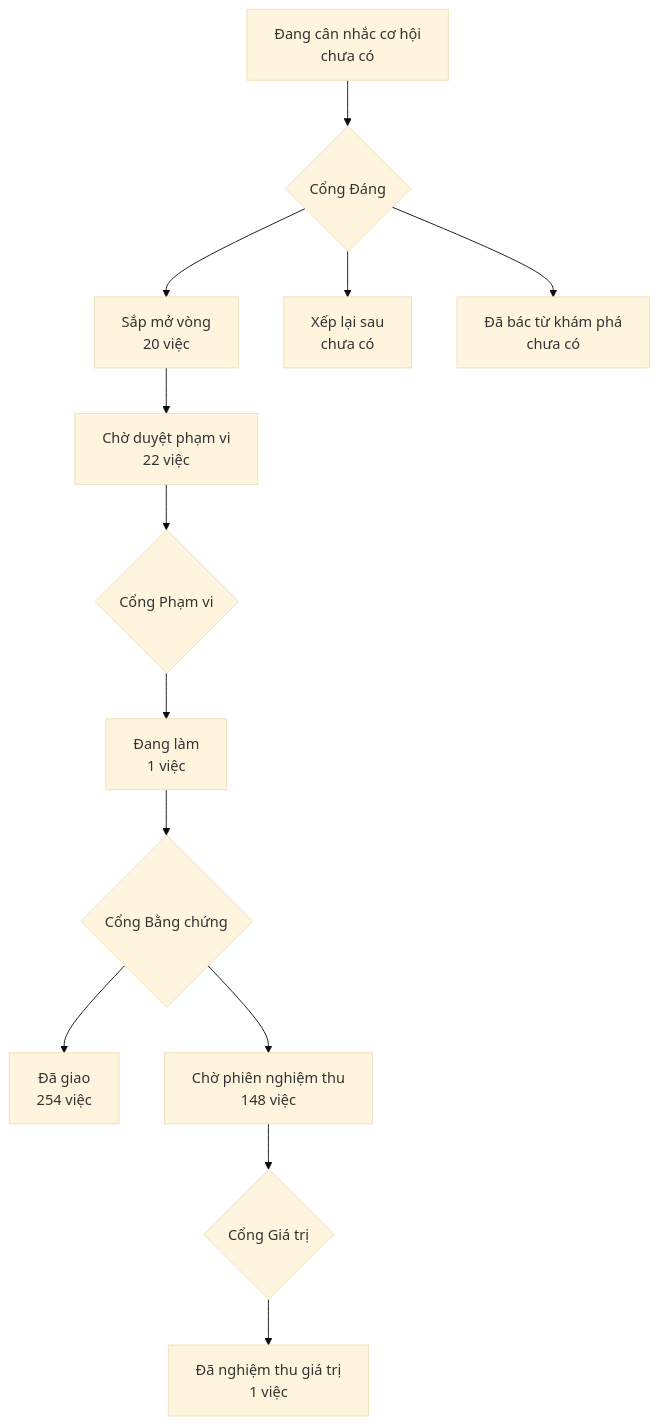
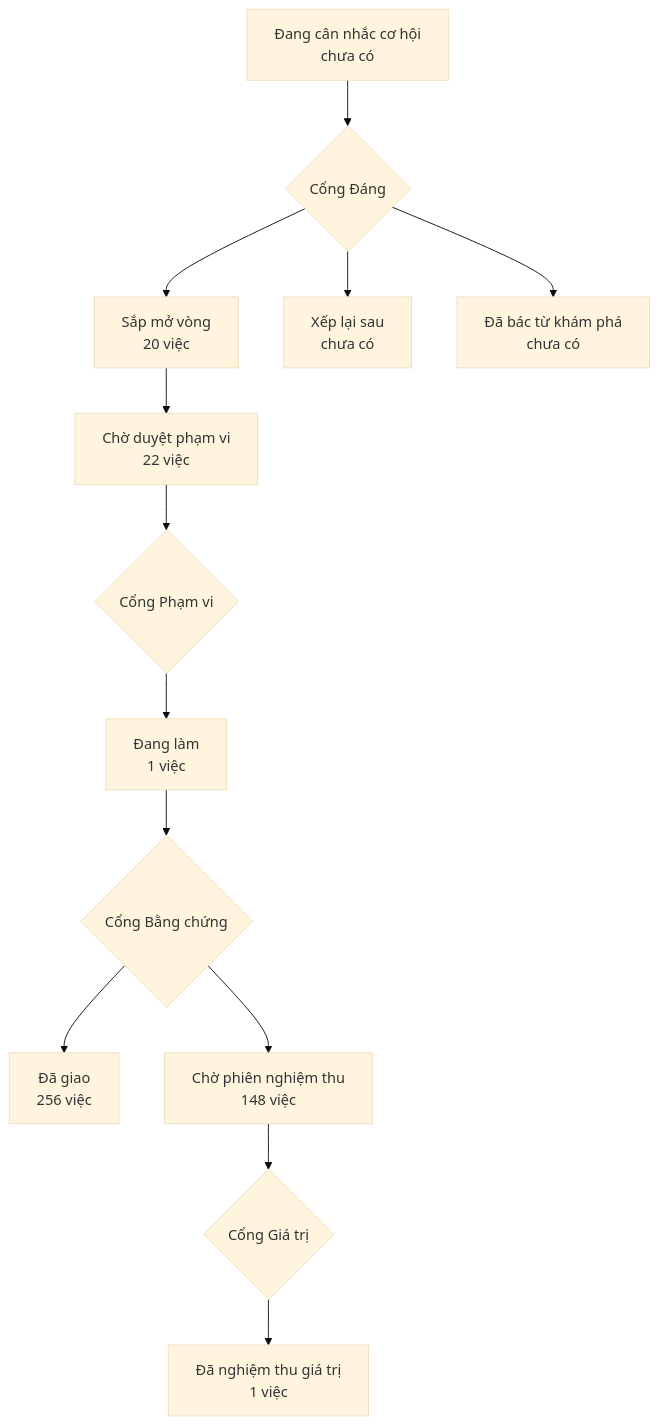
One commit to phanlemanh/onehub-invest changed the diagram in PRODUCT-MAP.md. Above: the diagram before and after it, drawn with Mermaid (base theme). The commit also changed other lines of this file and 1 other file, not shown here.

Commit message:
chore(map): vẽ lại bản đồ sau gộp main 21751c95d

````diff
--- a/PRODUCT-MAP.md
+++ b/PRODUCT-MAP.md
@@ -7,12 +7,12 @@
 ```mermaid
 flowchart TD
   A["Đang cân nhắc cơ hội<br/>chưa có"] --> GD{"Cổng Đáng"}
   GD --> B["Sắp mở vòng<br/>20 việc"]
   GD --> XL["Xếp lại sau<br/>chưa có"]
   GD --> DB["Đã bác từ khám phá<br/>chưa có"]
   B --> CD["Chờ duyệt phạm vi<br/>22 việc"] --> GP{"Cổng Phạm vi"}
   GP --> DL["Đang làm<br/>1 việc"] --> GB{"Cổng Bằng chứng"}
-  GB --> DG["Đã giao<br/>254 việc"]
+  GB --> DG["Đã giao<br/>256 việc"]
   GB --> CN["Chờ phiên nghiệm thu<br/>148 việc"] --> GG{"Cổng Giá trị"}
   GG --> NT["Đã nghiệm thu giá trị<br/>1 việc"]
 ```
````
